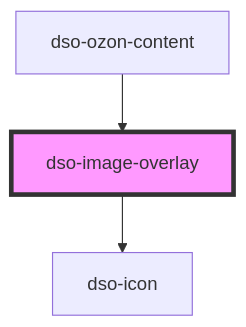
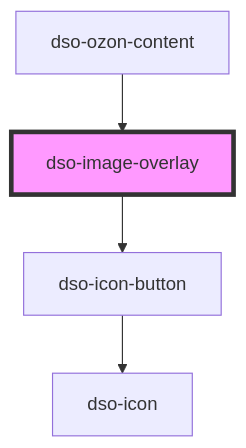
The diagram in packages/core/src/components/image-overlay/readme.md (dso-toolkit/dso-toolkit), drawn with Mermaid before and after one commit. The commit also changed other lines of this file and 38 other files, not shown here.

Commit message:
#2315 [Added] Icon Button: Nieuw component

````diff
--- a/packages/core/src/components/image-overlay/readme.md
+++ b/packages/core/src/components/image-overlay/readme.md
@@ -26,6 +26,7 @@
 ```mermaid
 graph TD;
-  dso-image-overlay --> dso-icon
+  dso-image-overlay --> dso-icon-button
+  dso-icon-button --> dso-icon
   dso-ozon-content --> dso-image-overlay
   style dso-image-overlay fill:#f9f,stroke:#333,stroke-width:4px
 ```
````
